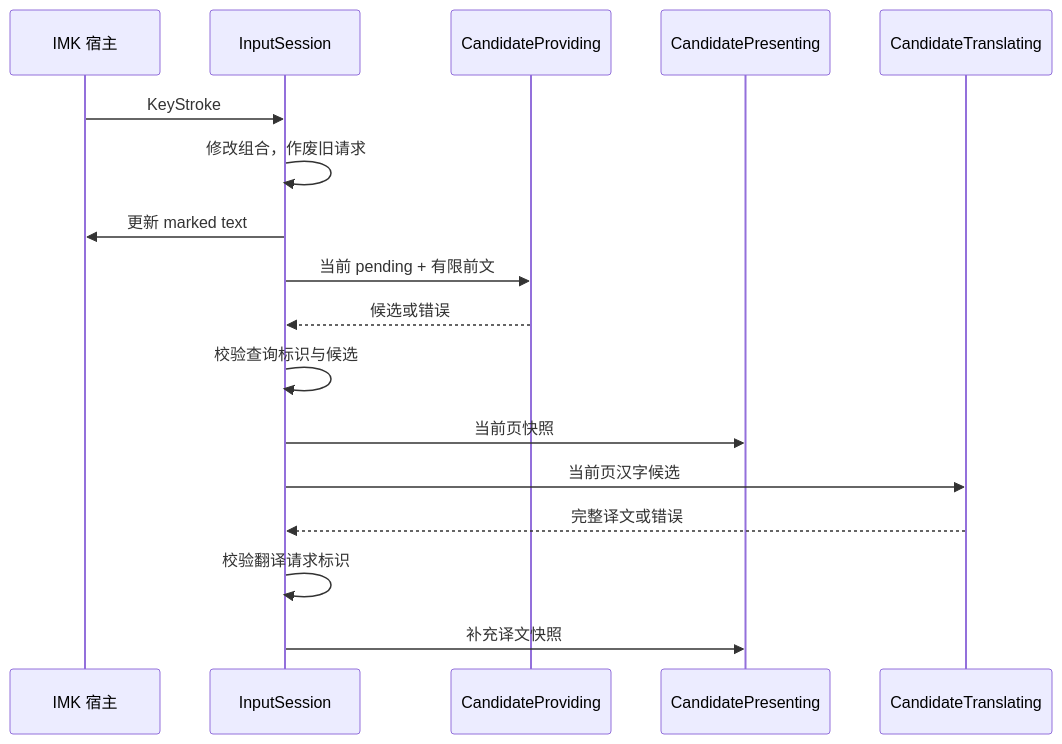
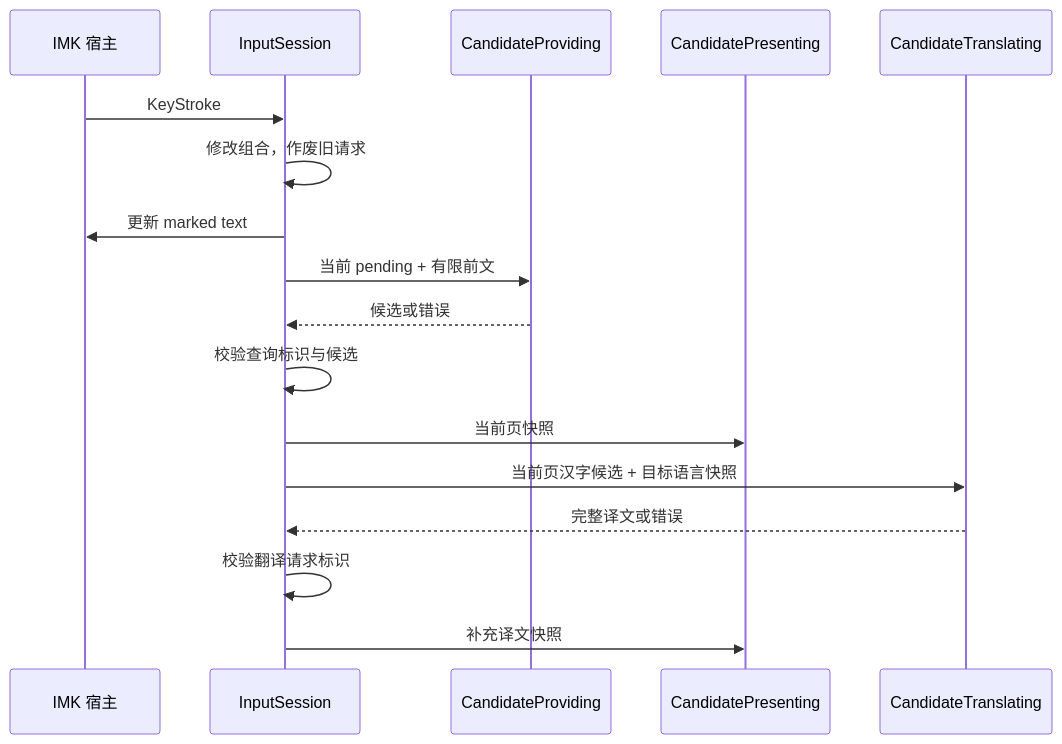
The second of 2 diagrams in Docs/ARCHITECTURE.md (SMILEWYH/LocalPinyinLab), drawn with Mermaid before and after one commit. The commit also changed other lines of this file and 38 other files, not shown here.

````diff
--- a/Docs/ARCHITECTURE.md
+++ b/Docs/ARCHITECTURE.md
@@ -121,19 +133,19 @@
 ```mermaid
 sequenceDiagram
     participant Host as IMK 宿主
     participant Session as InputSession
     participant Engine as CandidateProviding
     participant View as CandidatePresenting
     participant Translation as CandidateTranslating
     Host->>Session: KeyStroke
     Session->>Session: 修改组合，作废旧请求
     Session->>Host: 更新 marked text
     Session->>Engine: 当前 pending + 有限前文
     Engine-->>Session: 候选或错误
     Session->>Session: 校验查询标识与候选
     Session->>View: 当前页快照
-    Session->>Translation: 当前页汉字候选
+    Session->>Translation: 当前页汉字候选 + 目标语言快照
     Translation-->>Session: 完整译文或错误
     Session->>Session: 校验翻译请求标识
     Session->>View: 补充译文快照
 ```
````
